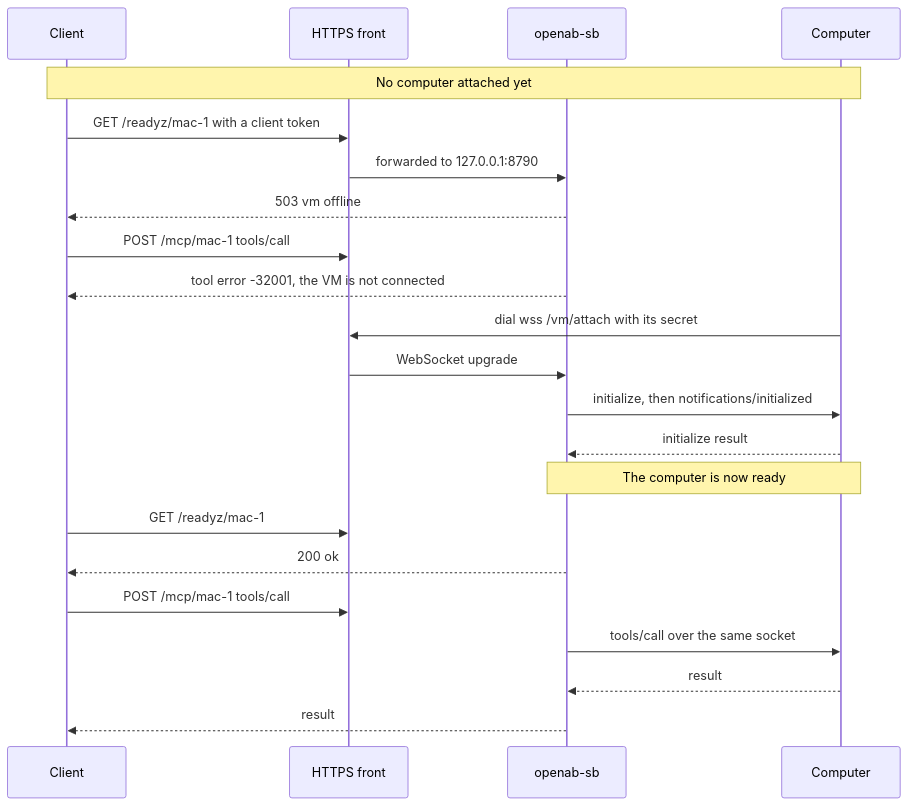
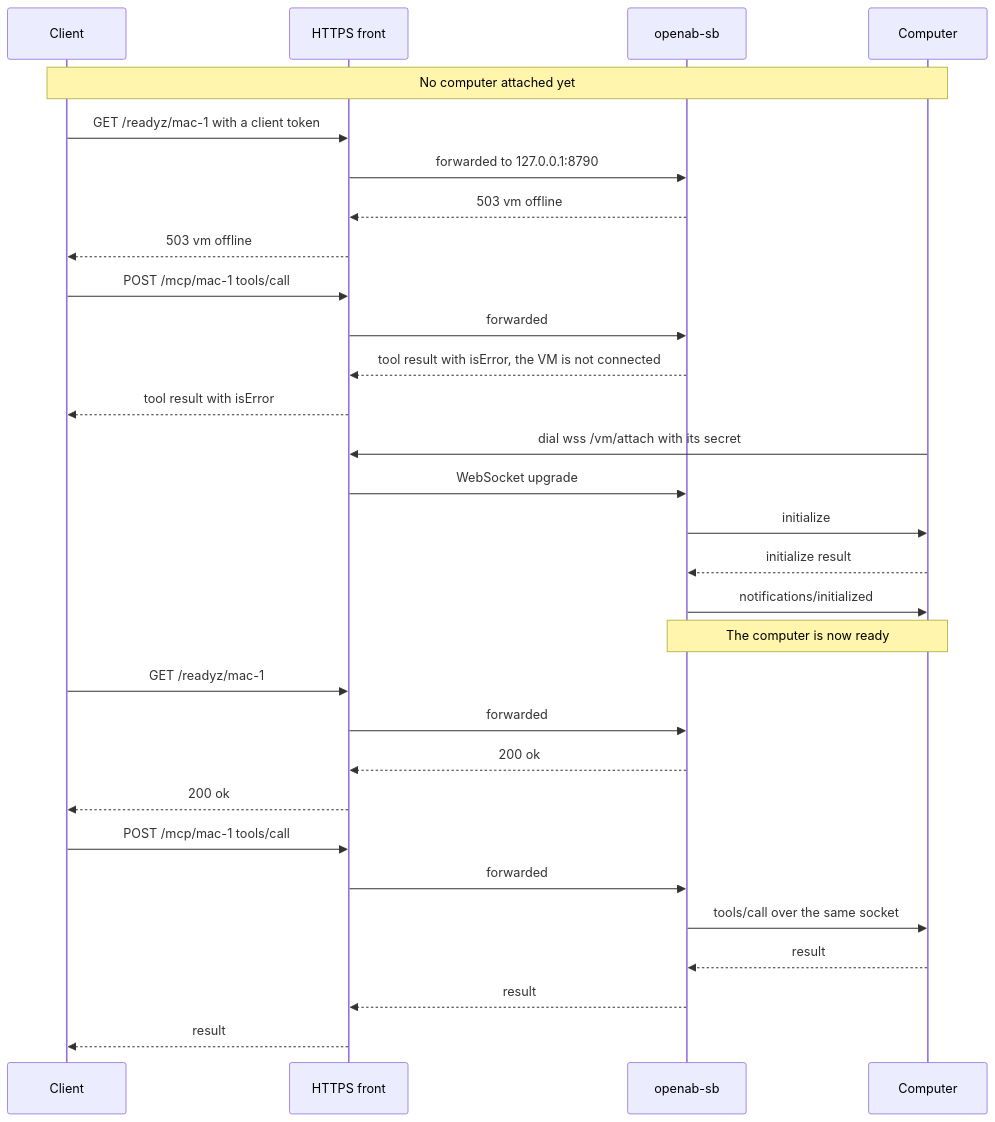
One commit to openabdev/openab-sb changed the third of 4 diagrams in README.md. Above: the diagram before and after it, drawn with Mermaid. The commit also changed other lines of this file, not shown here.

First line of the commit message:
docs: address review (diagram validity, reload row, pod/sidecar claims)

````diff
--- a/README.md
+++ b/README.md
@@ -375,24 +389,32 @@
 ```mermaid
 sequenceDiagram
     participant C as Client
     participant F as HTTPS front
     participant S as openab-sb
     participant M as Computer
     Note over C,M: No computer attached yet
     C->>F: GET /readyz/mac-1 with a client token
     F->>S: forwarded to 127.0.0.1:8790
-    S-->>C: 503 vm offline
+    S-->>F: 503 vm offline
+    F-->>C: 503 vm offline
     C->>F: POST /mcp/mac-1 tools/call
-    S-->>C: tool error -32001, the VM is not connected
+    F->>S: forwarded
+    S-->>F: tool result with isError, the VM is not connected
+    F-->>C: tool result with isError
     M->>F: dial wss /vm/attach with its secret
     F->>S: WebSocket upgrade
-    S->>M: initialize, then notifications/initialized
+    S->>M: initialize
     M-->>S: initialize result
+    S->>M: notifications/initialized
     Note over S,M: The computer is now ready
     C->>F: GET /readyz/mac-1
-    S-->>C: 200 ok
+    F->>S: forwarded
+    S-->>F: 200 ok
+    F-->>C: 200 ok
     C->>F: POST /mcp/mac-1 tools/call
+    F->>S: forwarded
     S->>M: tools/call over the same socket
     M-->>S: result
-    S-->>C: result
+    S-->>F: result
+    F-->>C: result
 ```
````
